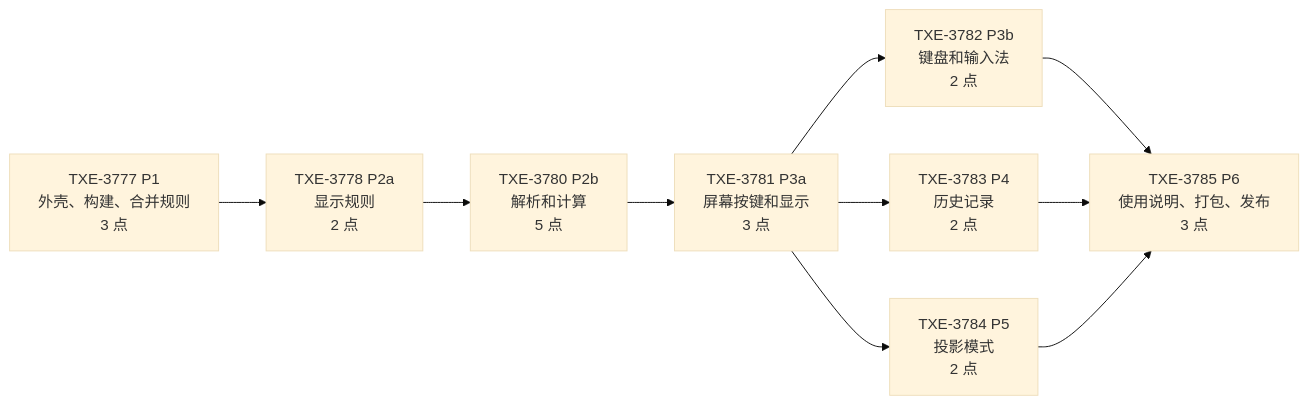
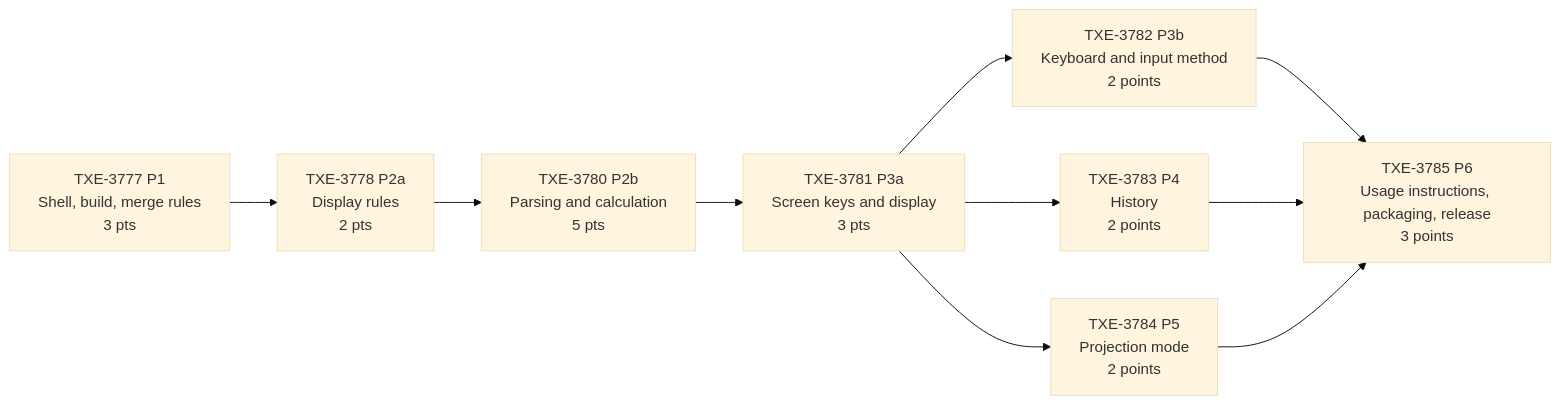
One commit to txehq/wf-dashboard changed the diagram in server/test/fixtures/vault/Project Magi Eval/Features/r-20261009-dqva52/Tickets.md. Above: the diagram before and after it, drawn with Mermaid (base theme). The commit also changed other lines of this file and 1498 other files, not shown here.

````diff
--- a/server/test/fixtures/vault/Project Magi Eval/Features/r-20261009-dqva52/Tickets.md
+++ b/server/test/fixtures/vault/Project Magi Eval/Features/r-20261009-dqva52/Tickets.md
@@ -45,12 +45,12 @@
 ```mermaid
 flowchart LR
-  T3777["TXE-3777 P1<br/>外壳、构建、合并规则<br/>3 点"] --> T3778["TXE-3778 P2a<br/>显示规则<br/>2 点"]
-  T3778 --> T3780["TXE-3780 P2b<br/>解析和计算<br/>5 点"]
-  T3780 --> T3781["TXE-3781 P3a<br/>屏幕按键和显示<br/>3 点"]
-  T3781 --> T3782["TXE-3782 P3b<br/>键盘和输入法<br/>2 点"]
-  T3781 --> T3783["TXE-3783 P4<br/>历史记录<br/>2 点"]
-  T3781 --> T3784["TXE-3784 P5<br/>投影模式<br/>2 点"]
-  T3782 --> T3785["TXE-3785 P6<br/>使用说明、打包、发布<br/>3 点"]
+  T3777["TXE-3777 P1<br/>Shell, build, merge rules<br/>3 pts"] --> T3778["TXE-3778 P2a<br/>Display rules<br/>2 pts"]
+  T3778 --> T3780["TXE-3780 P2b<br/>Parsing and calculation<br/>5 pts"]
+  T3780 --> T3781["TXE-3781 P3a<br/>Screen keys and display<br/>3 pts"]
+  T3781 --> T3782["TXE-3782 P3b<br/>Keyboard and input method<br/>2 points"]
+  T3781 --> T3783["TXE-3783 P4<br/>History<br/>2 points"]
+  T3781 --> T3784["TXE-3784 P5<br/>Projection mode<br/>2 points"]
+  T3782 --> T3785["TXE-3785 P6<br/>Usage instructions, packaging, release<br/>3 points"]
   T3783 --> T3785
   T3784 --> T3785
 ```
````
